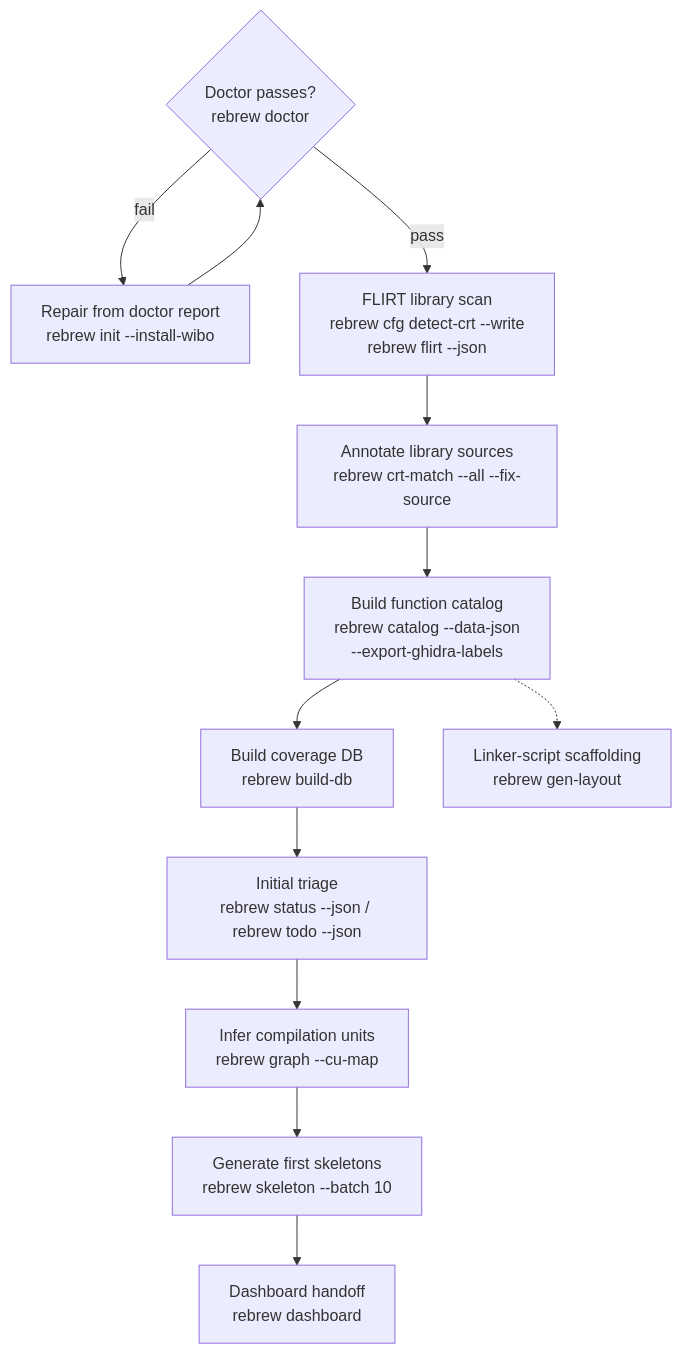
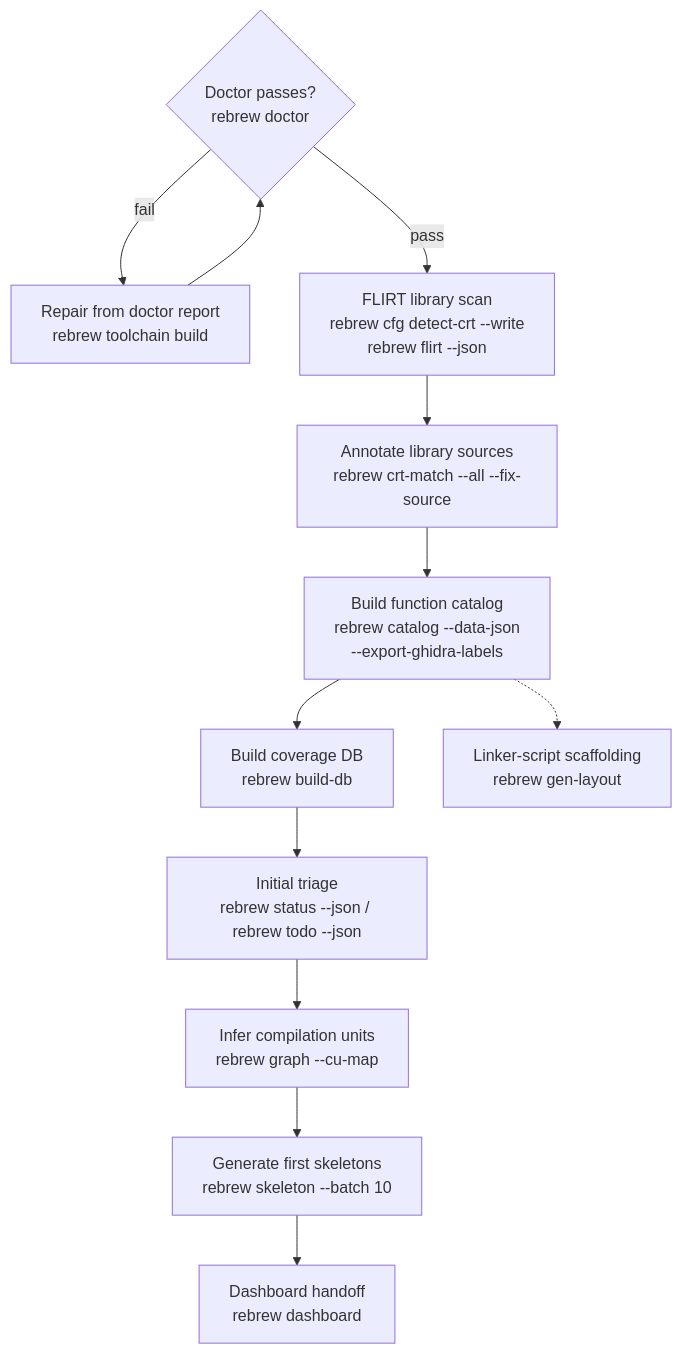
One commit to maci0/rebrew changed the diagram in .agents/skills/rebrew-intake/SKILL.md. Above: the diagram before and after it, drawn with Mermaid. The commit also changed other lines of this file and 278 other files, not shown here.

````diff
--- a/.agents/skills/rebrew-intake/SKILL.md
+++ b/.agents/skills/rebrew-intake/SKILL.md
@@ -7,14 +7,14 @@
 ```mermaid
 graph TD
-    Doctor{Doctor passes?<br/>rebrew doctor} -->|fail| Fix[Repair from doctor report<br/>rebrew init --install-wibo]
+    Doctor{Doctor passes?<br/>rebrew doctor} -->|fail| Fix[Repair from doctor report<br/>rebrew toolchain build <profile>]
     Fix --> Doctor
     Doctor -->|pass| Flirt[FLIRT library scan<br/>rebrew cfg detect-crt --write<br/>rebrew flirt --json]
     Flirt --> CrtMatch[Annotate library sources<br/>rebrew crt-match --all --fix-source]
     CrtMatch --> Catalog[Build function catalog<br/>rebrew catalog --data-json<br/>--export-ghidra-labels]
     Catalog --> BuildDb[Build coverage DB<br/>rebrew build-db]
     BuildDb --> Triage[Initial triage<br/>rebrew status --json / rebrew todo --json]
     Triage --> CuMap[Infer compilation units<br/>rebrew graph --cu-map]
     CuMap --> Skeleton[Generate first skeletons<br/>rebrew skeleton --batch 10]
     Skeleton --> Dashboard[Dashboard handoff<br/>rebrew dashboard]
     Catalog -.-> Layout[Linker-script scaffolding<br/>rebrew gen-layout]
 ```
````
